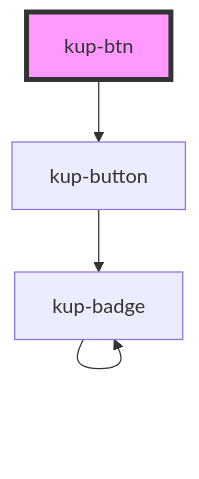
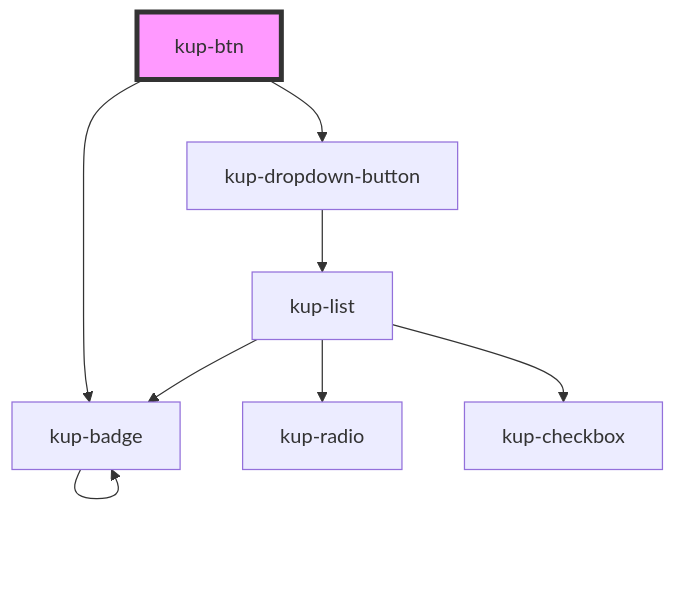
The diagram in packages/ketchup/src/components/kup-btn/readme.md (smeup/ketchup), drawn with Mermaid before and after one commit. The commit also changed other lines of this file and 40 other files, not shown here.

Commit message:
first commit, managed kup-btn

````diff
--- a/packages/ketchup/src/components/kup-btn/readme.md
+++ b/packages/ketchup/src/components/kup-btn/readme.md
@@ -32,7 +60,11 @@
 ```mermaid
 graph TD;
-  kup-btn --> kup-button
-  kup-button --> kup-badge
+  kup-btn --> kup-dropdown-button
+  kup-btn --> kup-badge
+  kup-dropdown-button --> kup-list
+  kup-list --> kup-radio
+  kup-list --> kup-checkbox
+  kup-list --> kup-badge
   kup-badge --> kup-badge
   style kup-btn fill:#f9f,stroke:#333,stroke-width:4px
 ```
````
